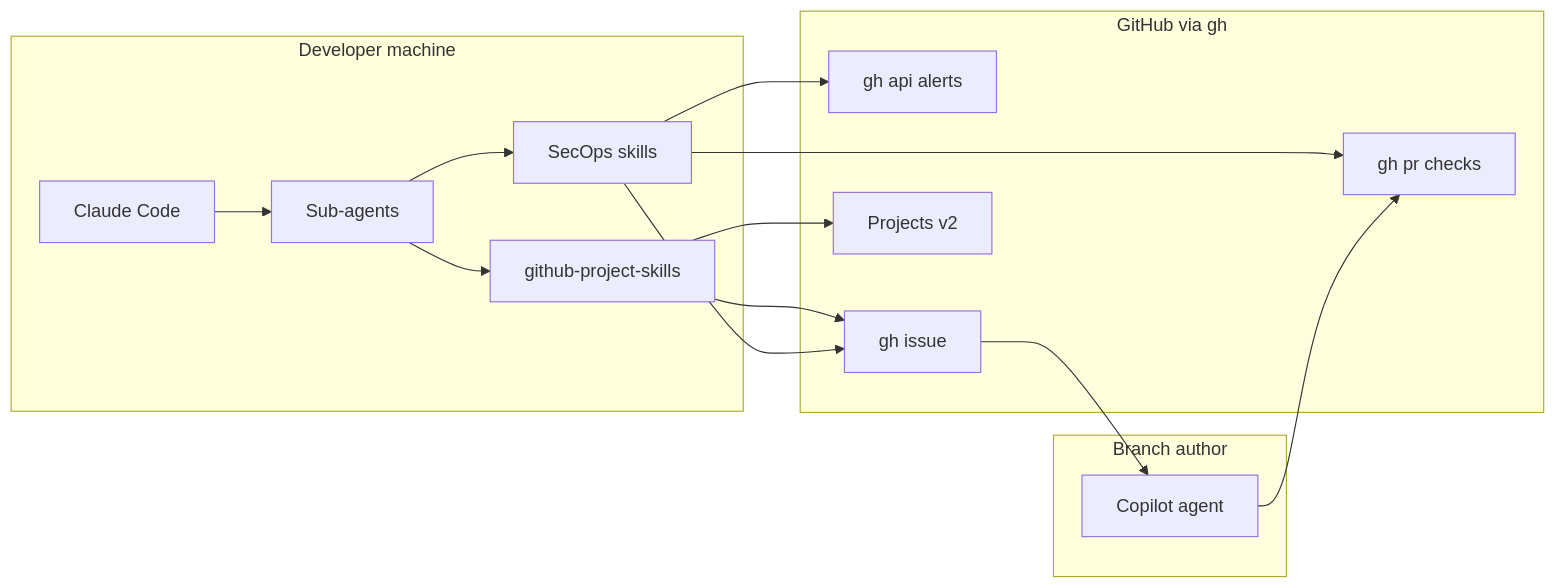
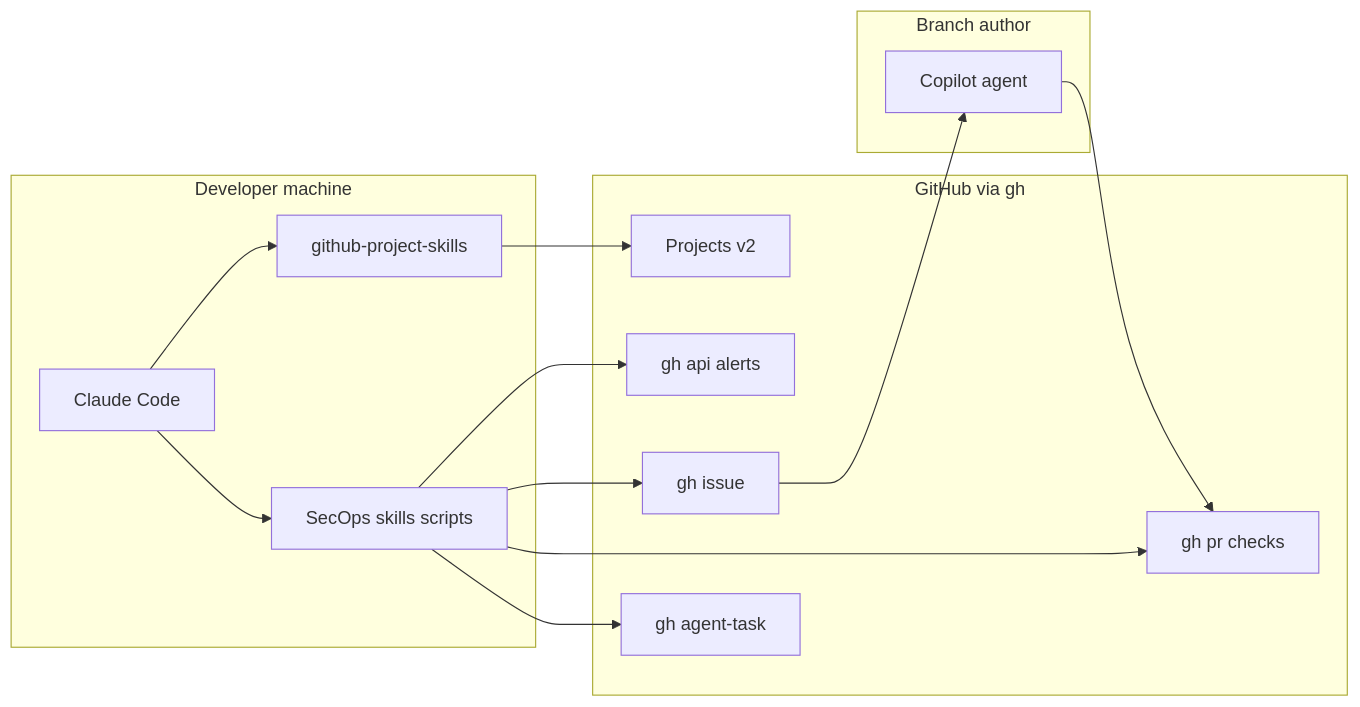
Before and after one commit to yu-iskw/github-secops-agent: the second of 5 diagrams in docs/product_design.md, drawn with Mermaid. The commit also changed other lines of this file and 30 other files, not shown here.

````diff
--- a/docs/product_design.md
+++ b/docs/product_design.md
@@ -34,28 +56,27 @@
 ```mermaid
 flowchart LR
   subgraph local [Developer machine]
     CC[Claude Code]
-    SA[Sub-agents]
     SK_GH[github-project-skills]
-    SK_SO[SecOps skills]
-    CC --> SA
-    SA --> SK_GH
-    SA --> SK_SO
+    SK_SO[SecOps skills scripts]
+    CC --> SK_GH
+    CC --> SK_SO
   end
   subgraph ghcli [GitHub via gh]
     AL[gh api alerts]
     IS[gh issue]
     PR[gh pr checks]
     PJ[Projects v2]
+    AT[gh agent-task]
   end
   subgraph branch [Branch author]
     CP[Copilot agent]
   end
   SK_SO --> AL
-  SK_GH --> IS
   SK_GH --> PJ
   SK_SO --> IS
   SK_SO --> PR
+  SK_SO --> AT
   IS --> CP
   CP --> PR
 ```
````
